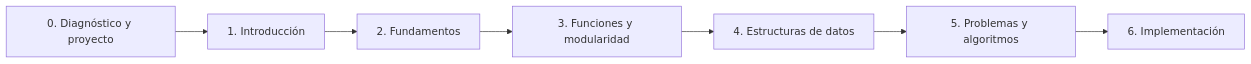
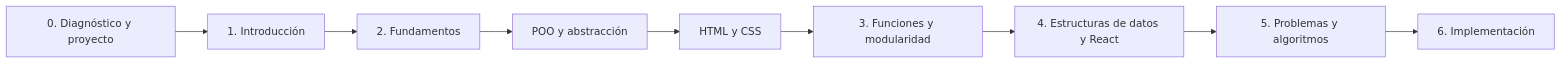
The diagram in guia-programacion-creativa.md (smeglan/clase-de-programacion-creativa), drawn with Mermaid before and after one commit. The commit also changed other lines of this file and 30 other files, not shown here.

Commit message:
HTML, POO y javascript

````diff
--- a/guia-programacion-creativa.md
+++ b/guia-programacion-creativa.md
@@ -356,9 +356,11 @@
 ```mermaid
 flowchart LR
     A[0. Diagnóstico y proyecto] --> B[1. Introducción]
     B --> C[2. Fundamentos]
-    C --> D[3. Funciones y modularidad]
-    D --> E[4. Estructuras de datos]
+    C --> I[POO y abstracción]
+    I --> H[HTML y CSS]
+    H --> D[3. Funciones y modularidad]
+    D --> E[4. Estructuras de datos y React]
     E --> F[5. Problemas y algoritmos]
     F --> G[6. Implementación]
 ```
````
